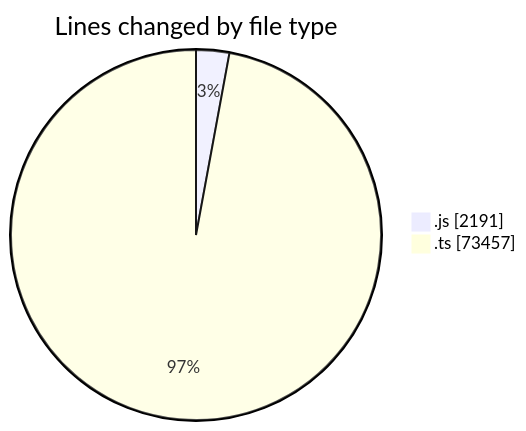
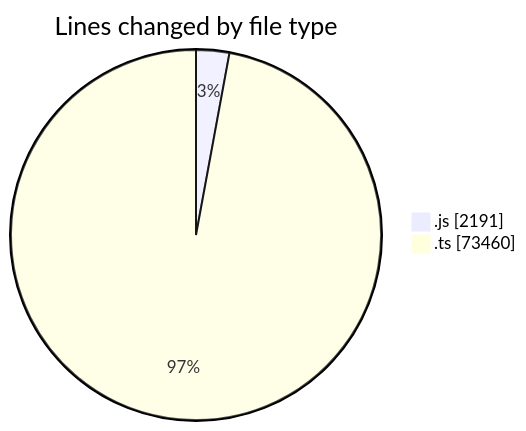
The first of 2 diagrams in 2025-06-19/cda/README.md (momahboobian/code-tracking), drawn with Mermaid before and after one commit. The commit also changed other lines of this file and 1 other file, not shown here.

````diff
--- a/2025-06-19/cda/README.md
+++ b/2025-06-19/cda/README.md
@@ -41,6 +41,6 @@
 ```mermaid
 pie showData
 title Lines changed by file type
 ".js" : 2191
-".ts" : 73457
+".ts" : 73460
 ```
````
